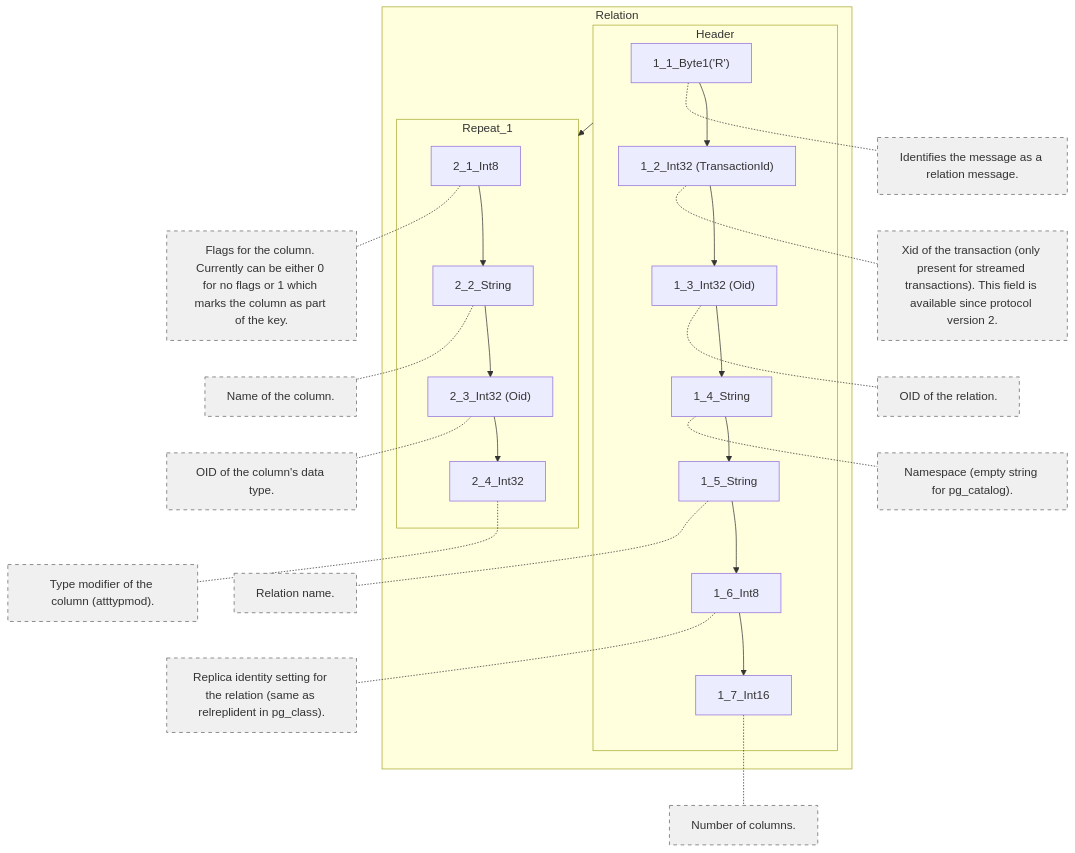
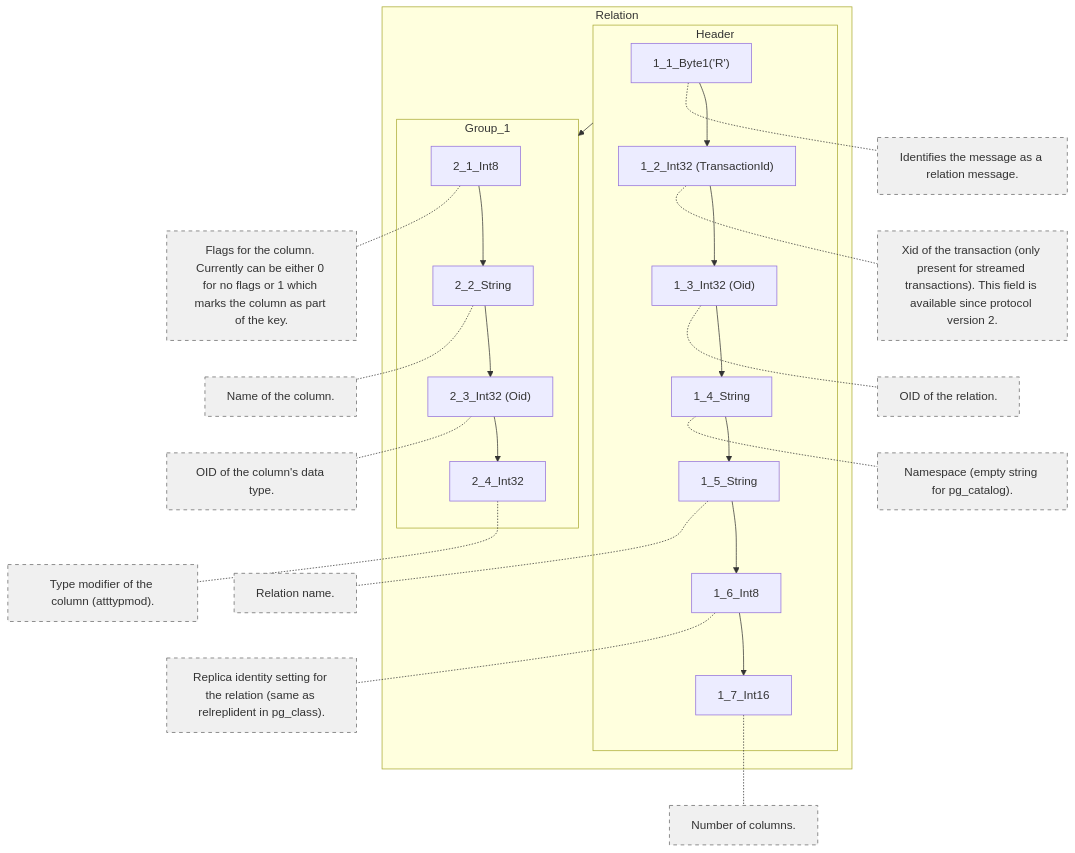
One commit to ywchae1209/DBMS_CDC changed diagram 17 of 20 in PG18_logicalrep-message-formats.md. Above: the diagram before and after it, drawn with Mermaid. The commit also changed other lines of this file, not shown here.

````diff
--- a/PG18_logicalrep-message-formats.md
+++ b/PG18_logicalrep-message-formats.md
@@ -451,44 +454,44 @@
 ```mermaid
 graph TD
   subgraph Relation ["Relation"]
     subgraph header_0 ["Header"]
       1_1_Byte1__R__["1_1_Byte1('R')"]
       1_2_Int32__TransactionId_["1_2_Int32 (TransactionId)"]
       1_1_Byte1__R__ --> 1_2_Int32__TransactionId_
       1_3_Int32__Oid_["1_3_Int32 (Oid)"]
       1_2_Int32__TransactionId_ --> 1_3_Int32__Oid_
       1_4_String["1_4_String"]
       1_3_Int32__Oid_ --> 1_4_String
       1_5_String["1_5_String"]
       1_4_String --> 1_5_String
       1_6_Int8["1_6_Int8"]
       1_5_String --> 1_6_Int8
       1_7_Int16["1_7_Int16"]
       1_6_Int8 --> 1_7_Int16
     end
-    subgraph repeat_1_1 ["Repeat_1"]
+    subgraph group_1_1 ["Group_1"]
       2_1_Int8["2_1_Int8"]
       2_2_String["2_2_String"]
       2_1_Int8 --> 2_2_String
       2_3_Int32__Oid_["2_3_Int32 (Oid)"]
       2_2_String --> 2_3_Int32__Oid_
       2_4_Int32["2_4_Int32"]
       2_3_Int32__Oid_ --> 2_4_Int32
     end
-    header_0 --> repeat_1_1
+    header_0 --> group_1_1
   end
 
     1_1_Byte1__R__ -.- desc_1_1_Byte1__R__["Identifies the message as a relation message."]
     1_2_Int32__TransactionId_ -.- desc_1_2_Int32__TransactionId_["Xid of the transaction (only present for streamed transactions). This field is available since protocol version 2."]
     1_3_Int32__Oid_ -.- desc_1_3_Int32__Oid_["OID of the relation."]
     1_4_String -.- desc_1_4_String["Namespace (empty string for pg_catalog)."]
     1_5_String -.- desc_1_5_String["Relation name."]
     1_6_Int8 -.- desc_1_6_Int8["Replica identity setting for the relation (same as relreplident in pg_class)."]
     1_7_Int16 -.- desc_1_7_Int16["Number of columns."]
     2_1_Int8 -.- desc_2_1_Int8["Flags for the column. Currently can be either 0 for no flags or 1 which marks the column as part of the key."]
     2_2_String -.- desc_2_2_String["Name of the column."]
     2_3_Int32__Oid_ -.- desc_2_3_Int32__Oid_["OID of the column's data type."]
     2_4_Int32 -.- desc_2_4_Int32["Type modifier of the column (atttypmod)."]
   classDef comment fill:#f0f0f0,stroke:#666,stroke-dasharray: 5 5;
   class desc_1_1_Byte1__R__,desc_1_2_Int32__TransactionId_,desc_1_3_Int32__Oid_,desc_1_4_String,desc_1_5_String,desc_1_6_Int8,desc_1_7_Int16,desc_2_1_Int8,desc_2_2_String,desc_2_3_Int32__Oid_,desc_2_4_Int32 comment;
 ```
````
